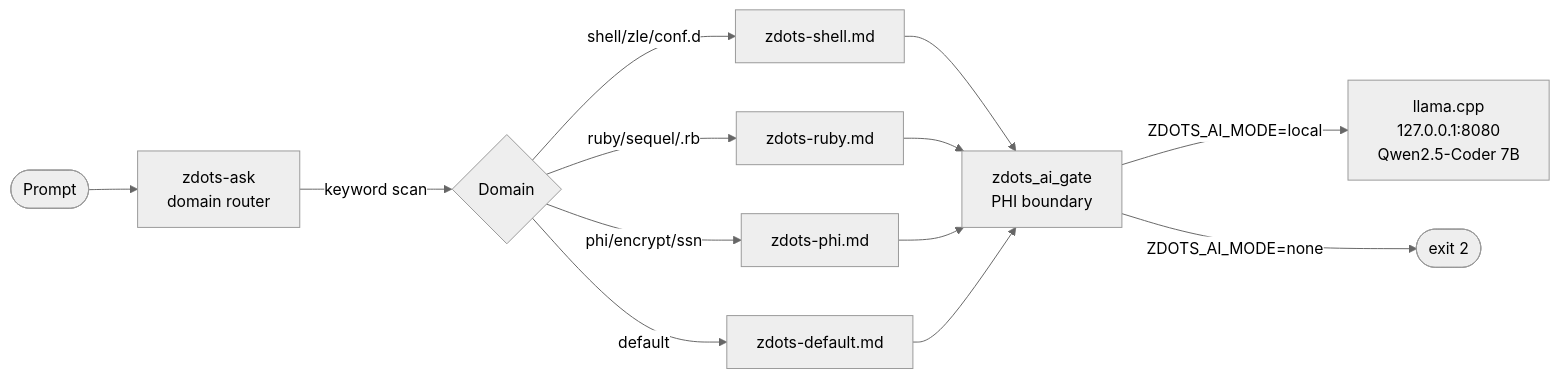
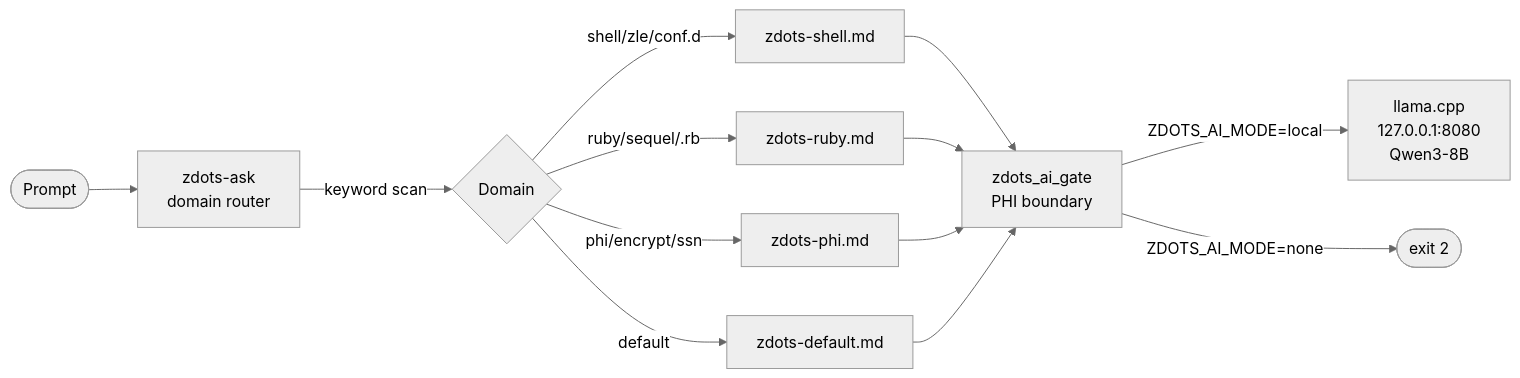
The sixth of 6 diagrams in docs/architecture.md (just3ws/zdots), drawn with Mermaid (neutral theme) before and after one commit. The commit also changed other lines of this file and 3 other files, not shown here.

First line of the commit message:
docs(diagrams): fix accuracy across all Mermaid diagrams

````diff
--- a/docs/architecture.md
+++ b/docs/architecture.md
@@ -222,12 +296,12 @@
 ```mermaid
 flowchart LR
     prompt([Prompt]) --> ask[zdots-ask\ndomain router]
     ask -->|keyword scan| domain{Domain}
     domain -->|shell/zle/conf.d| sp["zdots-shell.md"]
     domain -->|ruby/sequel/.rb| rp["zdots-ruby.md"]
     domain -->|phi/encrypt/ssn| pp["zdots-phi.md"]
     domain -->|default| dp["zdots-default.md"]
     sp & rp & pp & dp --> gate[zdots_ai_gate\nPHI boundary]
-    gate -->|ZDOTS_AI_MODE=local| llama["llama.cpp\n127.0.0.1:8080\nQwen2.5-Coder 7B"]
+    gate -->|ZDOTS_AI_MODE=local| llama["llama.cpp\n127.0.0.1:8080\nQwen3-8B"]
     gate -->|ZDOTS_AI_MODE=none| exit2([exit 2])
 ```
````
